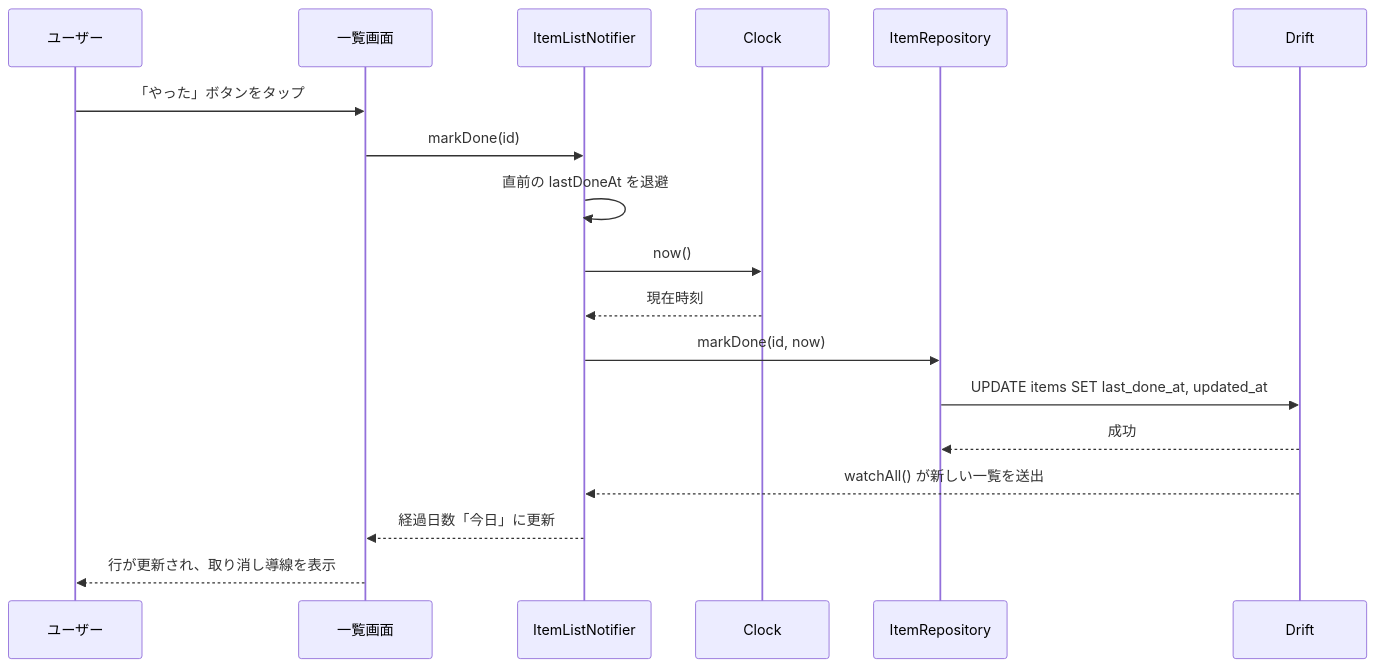
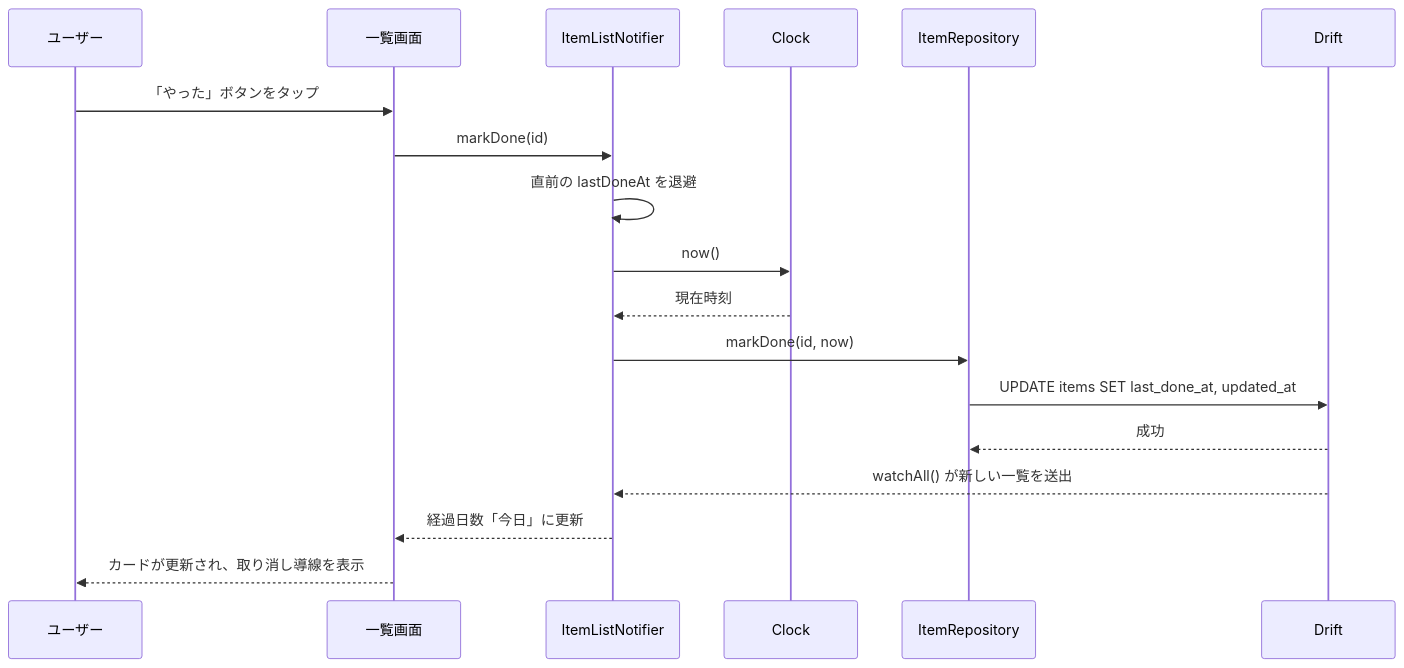
One commit to fuji18/lastwhen changed the third of 5 diagrams in docs/functional-design.md. Above: the diagram before and after it, drawn with Mermaid. The commit also changed other lines of this file and 5 other files, not shown here.

````diff
--- a/docs/functional-design.md
+++ b/docs/functional-design.md
@@ -307,21 +307,21 @@
 ```mermaid
 sequenceDiagram
     participant User as ユーザー
     participant UI as 一覧画面
     participant N as ItemListNotifier
     participant C as Clock
     participant R as ItemRepository
     participant DB as Drift
 
     User->>UI: 「やった」ボタンをタップ
     UI->>N: markDone(id)
     N->>N: 直前の lastDoneAt を退避
     N->>C: now()
     C-->>N: 現在時刻
     N->>R: markDone(id, now)
     R->>DB: UPDATE items SET last_done_at, updated_at
     DB-->>R: 成功
     DB-->>N: watchAll() が新しい一覧を送出
     N-->>UI: 経過日数「今日」に更新
-    UI-->>User: 行が更新され、取り消し導線を表示
+    UI-->>User: カードが更新され、取り消し導線を表示
 ```
````
